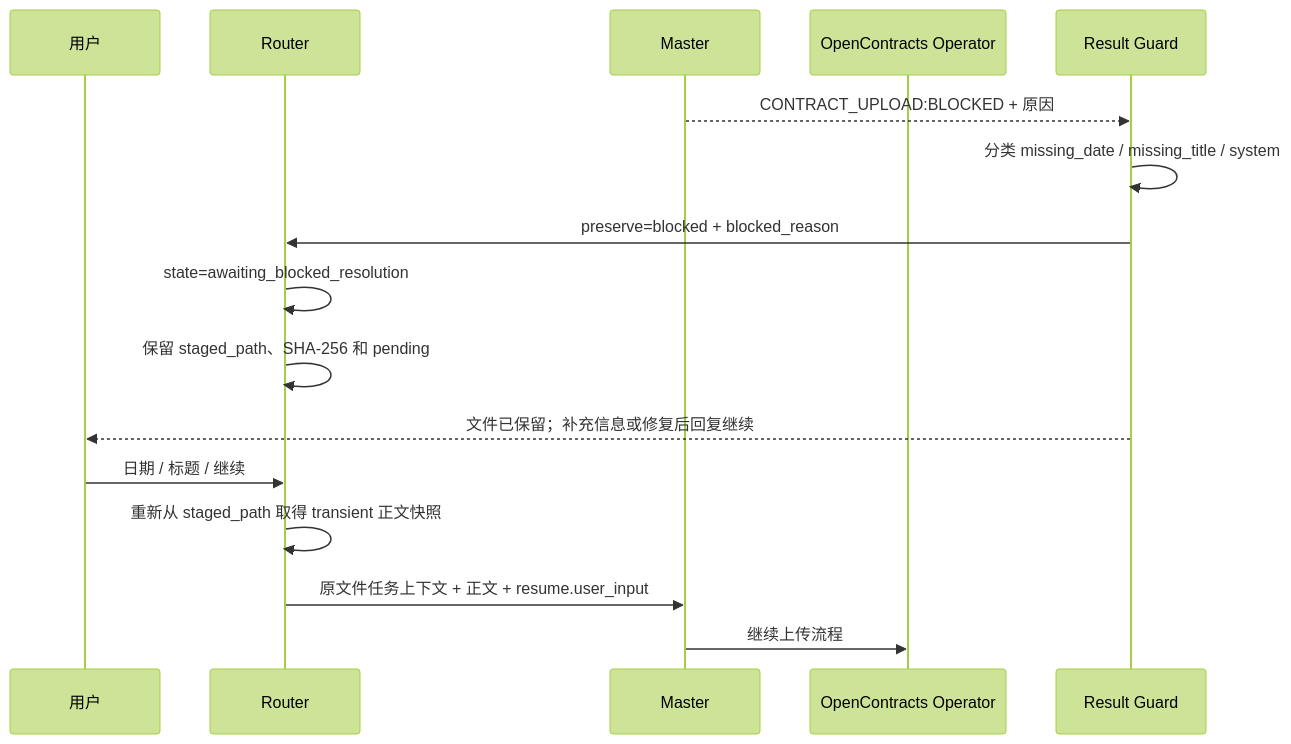
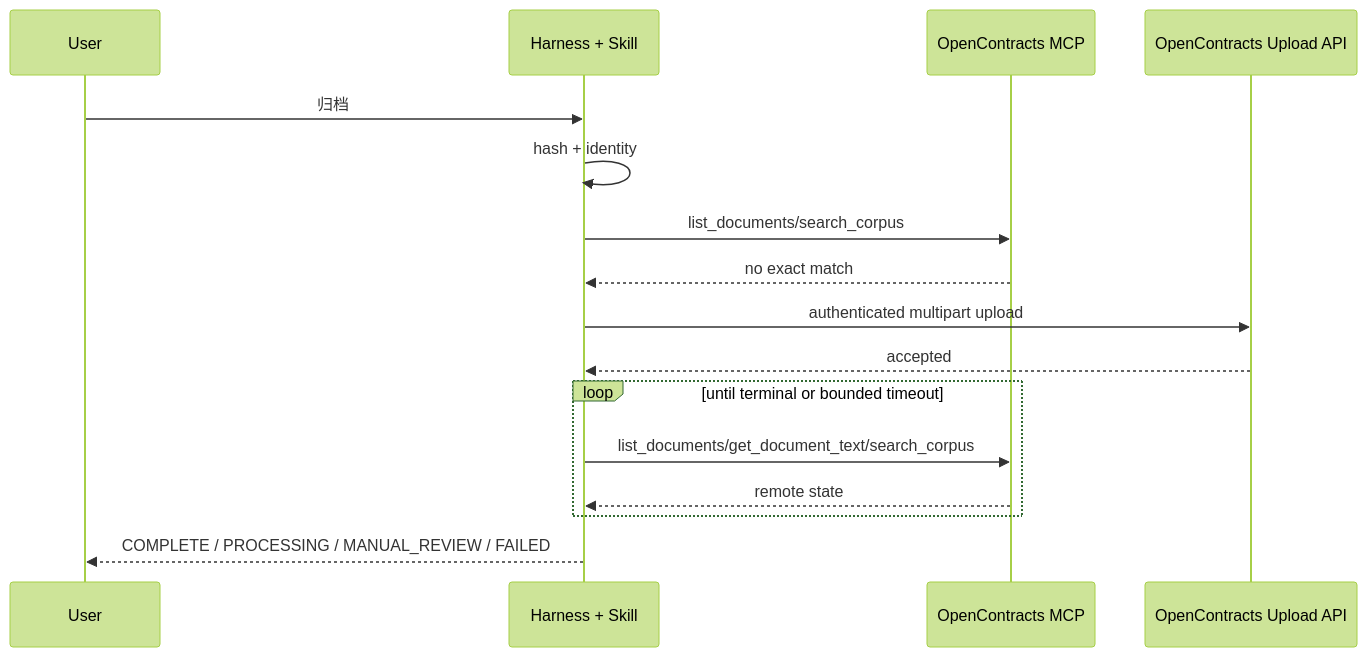
Before and after one commit to Ri0n72Y/ContractBotConfig: the third of 4 diagrams in docs/architecture/upload-sequence.md, drawn with Mermaid (forest theme). The commit also changed other lines of this file and 11 other files, not shown here.

Commit message:
docs: rebuild architecture and specs for WorkBuddy refactor

````diff
--- a/docs/architecture/upload-sequence.md
+++ b/docs/architecture/upload-sequence.md
@@ -128,19 +70,19 @@
 ```mermaid
 sequenceDiagram
-    participant U as 用户
-    participant R as Router
-    participant M as Master
-    participant O as OpenContracts Operator
-    participant RG as Result Guard
+    participant U as User
+    participant H as Harness + Skill
+    participant MCP as OpenContracts MCP
+    participant API as OpenContracts Upload API
 
-    M-->>RG: CONTRACT_UPLOAD:BLOCKED + 原因
-    RG->>RG: 分类 missing_date / missing_title / system
-    RG->>R: preserve=blocked + blocked_reason
-    R->>R: state=awaiting_blocked_resolution
-    R->>R: 保留 staged_path、SHA-256 和 pending
-    RG-->>U: 文件已保留；补充信息或修复后回复继续
-    U->>R: 日期 / 标题 / 继续
-    R->>R: 重新从 staged_path 取得 transient 正文快照
-    R->>M: 原文件任务上下文 + 正文 + resume.user_input
-    M->>O: 继续上传流程
+    U->>H: 归档
+    H->>H: hash + identity
+    H->>MCP: list_documents/search_corpus
+    MCP-->>H: no exact match
+    H->>API: authenticated multipart upload
+    API-->>H: accepted
+    loop until terminal or bounded timeout
+        H->>MCP: list_documents/get_document_text/search_corpus
+        MCP-->>H: remote state
+    end
+    H-->>U: COMPLETE / PROCESSING / MANUAL_REVIEW / FAILED
 ```
````
